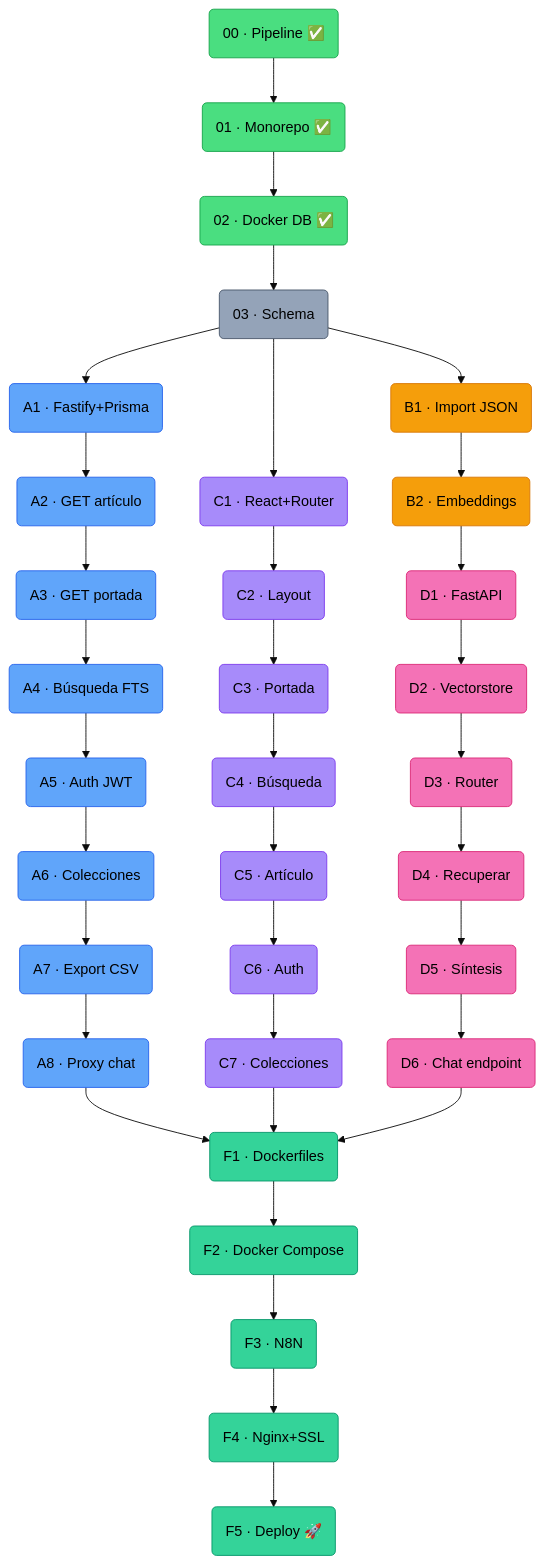
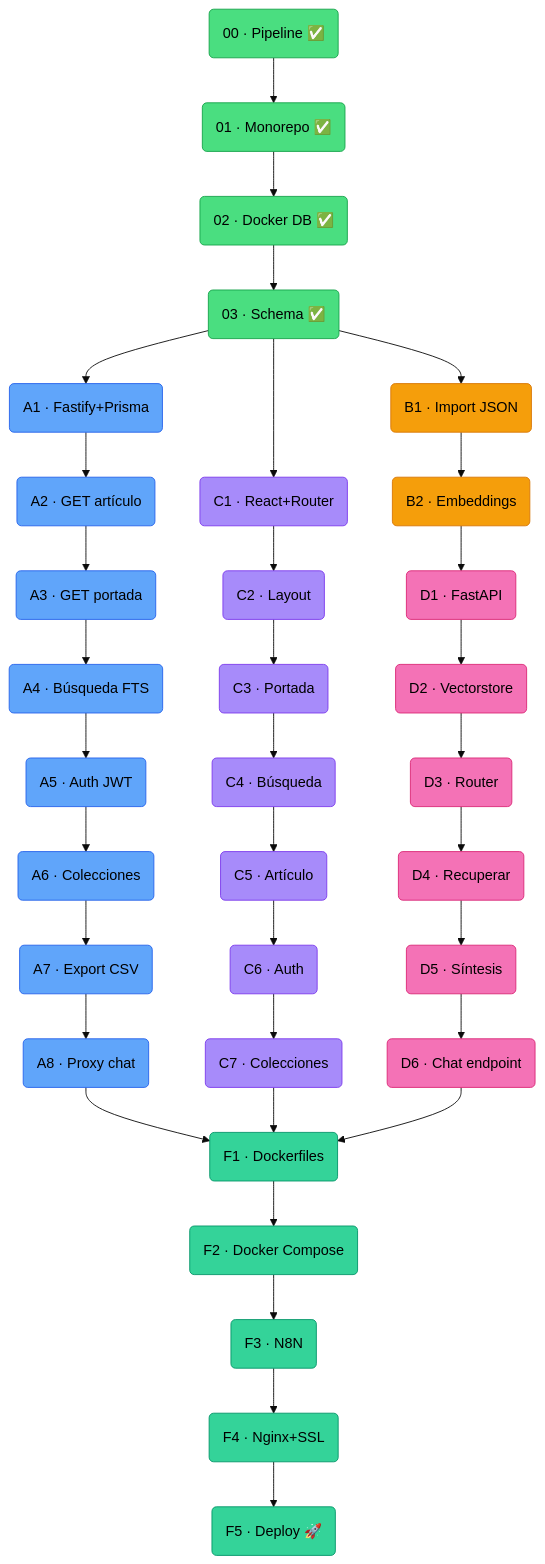
One commit to Daniel-kripta/Proyecto_Final_Full_Stack_-_Sansofe_WebApp changed the diagram in README.md. Above: the diagram before and after it, drawn with Mermaid (base theme). The commit also changed 10 other files, not shown here.

````diff
--- a/README.md
+++ b/README.md
@@ -173,51 +173,51 @@
 ```mermaid
 graph TD
     P00("00 · Pipeline ✅"):::done --> P01("01 · Monorepo ✅"):::done
     P01 --> P02("02 · Docker DB ✅"):::done
-    P02 --> P03("03 · Schema"):::setup
+    P02 --> P03("03 · Schema ✅"):::done
 
     P03 --> A1("A1 · Fastify+Prisma"):::backend
     P03 --> B1("B1 · Import JSON"):::data
     P03 --> C1("C1 · React+Router"):::frontend
 
     A1 --> A2("A2 · GET artículo"):::backend
     A2 --> A3("A3 · GET portada"):::backend
     A3 --> A4("A4 · Búsqueda FTS"):::backend
     A4 --> A5("A5 · Auth JWT"):::backend
     A5 --> A6("A6 · Colecciones"):::backend
     A6 --> A7("A7 · Export CSV"):::backend
     A7 --> A8("A8 · Proxy chat"):::backend
 
     B1 --> B2("B2 · Embeddings"):::data
 
     C1 --> C2("C2 · Layout"):::frontend
     C2 --> C3("C3 · Portada"):::frontend
     C3 --> C4("C4 · Búsqueda"):::frontend
     C4 --> C5("C5 · Artículo"):::frontend
     C5 --> C6("C6 · Auth"):::frontend
     C6 --> C7("C7 · Colecciones"):::frontend
 
     B2 --> D1("D1 · FastAPI"):::ai
     D1 --> D2("D2 · Vectorstore"):::ai
     D2 --> D3("D3 · Router"):::ai
     D3 --> D4("D4 · Recuperar"):::ai
     D4 --> D5("D5 · Síntesis"):::ai
     D5 --> D6("D6 · Chat endpoint"):::ai
 
     A8 --> F1("F1 · Dockerfiles"):::deploy
     C7 --> F1
     D6 --> F1
 
     F1 --> F2("F2 · Docker Compose"):::deploy
     F2 --> F3("F3 · N8N"):::deploy
     F3 --> F4("F4 · Nginx+SSL"):::deploy
     F4 --> F5("F5 · Deploy 🚀"):::deploy
 
     classDef done fill:#4ade80,stroke:#16a34a,color:#000
     classDef setup fill:#94a3b8,stroke:#475569,color:#000
     classDef backend fill:#60a5fa,stroke:#2563eb,color:#000
     classDef data fill:#f59e0b,stroke:#d97706,color:#000
     classDef frontend fill:#a78bfa,stroke:#7c3aed,color:#000
     classDef ai fill:#f472b6,stroke:#db2777,color:#000
     classDef deploy fill:#34d399,stroke:#059669,color:#000
 ```
````
